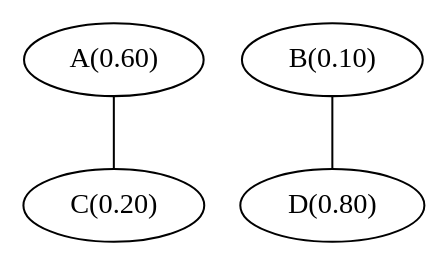
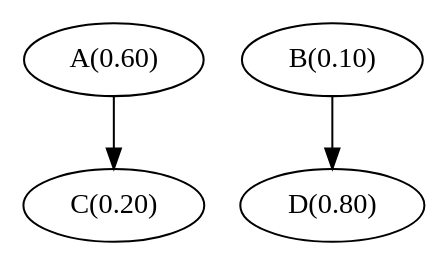
One commit to rlch/tutero-assignment changed the diagram in runner/cases/intermittent_edge_and_progress.dot. Above: the diagram before and after it, drawn with Graphviz. The commit also changed 16 other files, not shown here.

```diff
--- a/runner/cases/intermittent_edge_and_progress.dot
+++ b/runner/cases/intermittent_edge_and_progress.dot
@@ -1,21 +1,21 @@
 
-strict graph intermittent_edge_and_progress {
+strict digraph intermittent_edge_and_progress {
 
 	// Node definitions.
 
 	"A(0.60)";
 
 	"B(0.10)";
 
 	"C(0.20)";
 
 	"D(0.80)";
 
 
 	// Edge definitions.
 
-	"A(0.60)" -- "C(0.20)";
+	"A(0.60)" -> "C(0.20)";
 
-	"B(0.10)" -- "D(0.80)";
+	"B(0.10)" -> "D(0.80)";
 
 }
```
